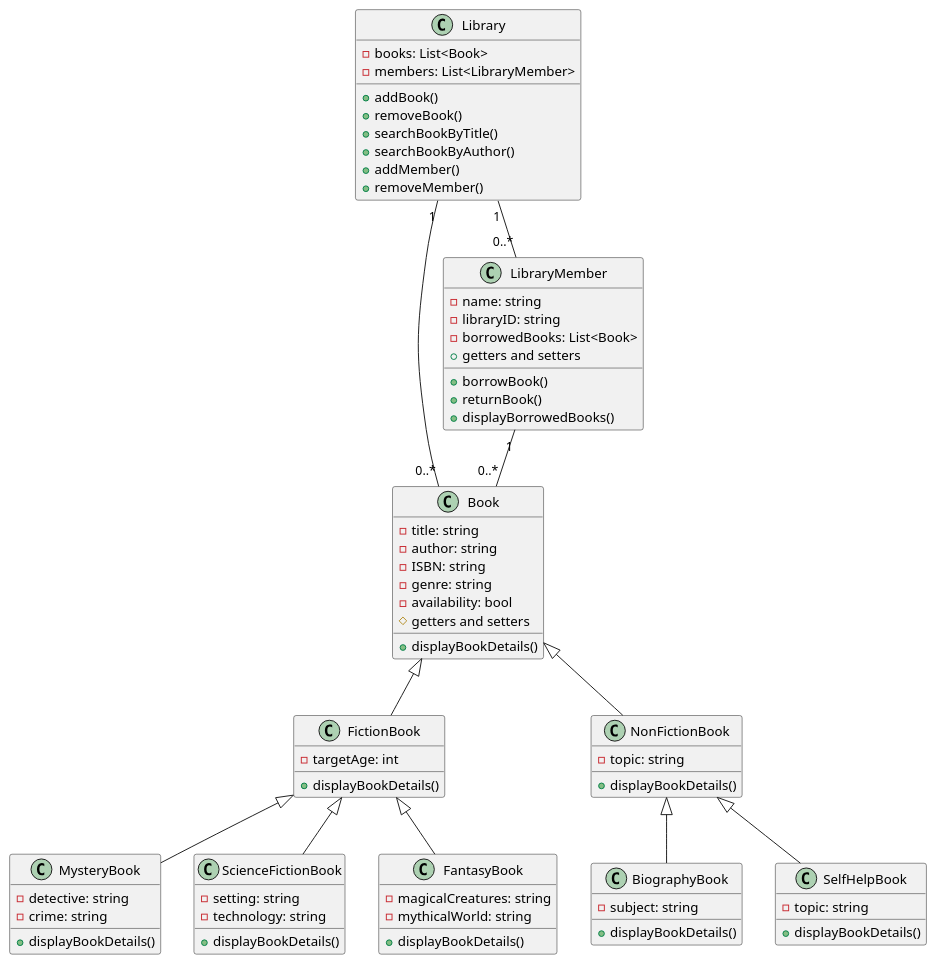
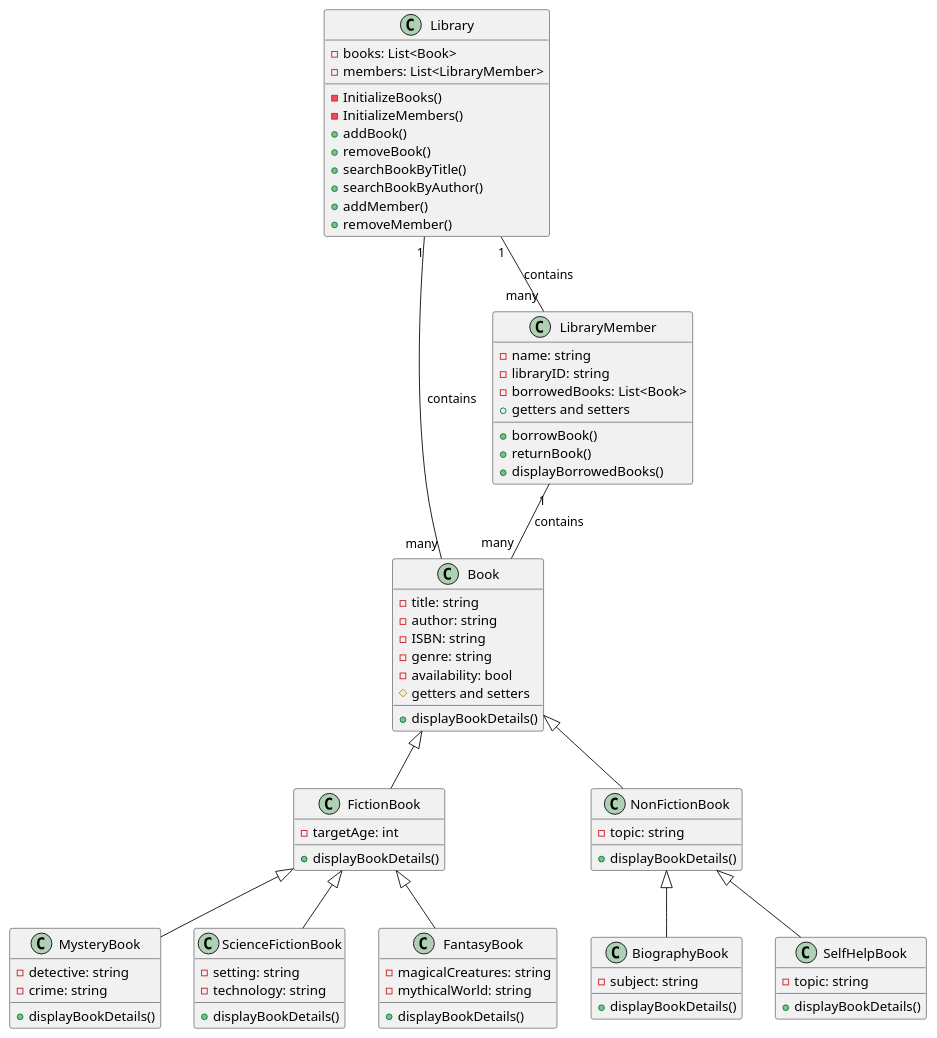
The diagram in final/FinalProject/finaldiagram.wsd (Kasmodan1/cse210), drawn with PlantUML before and after one commit.

Commit message:
added books and members initialize

```diff
--- a/final/FinalProject/finaldiagram.wsd
+++ b/final/FinalProject/finaldiagram.wsd
@@ -1,84 +1,86 @@
 @startuml
 
 Book <|-- FictionBook
 Book <|-- NonFictionBook
 FictionBook <|-- MysteryBook
 FictionBook <|-- ScienceFictionBook
 FictionBook <|-- FantasyBook
 NonFictionBook <|-- BiographyBook
 NonFictionBook <|-- SelfHelpBook
-LibraryMember "1" -- "0..*" Book
-Library "1" -- "0..*" Book
-Library "1" -- "0..*" LibraryMember
+LibraryMember "1" -- "many" Book :contains
+Library "1" -- "many" Book :contains
+Library "1" -- "many" LibraryMember :contains
 
 class Library {
   - books: List<Book>
   - members: List<LibraryMember>
+  - InitializeBooks()
+  - InitializeMembers()
   + addBook()
   + removeBook()
   + searchBookByTitle()
   + searchBookByAuthor()
   + addMember()
   + removeMember()
 }
 
 class Book {
   - title: string
   - author: string
   - ISBN: string
   - genre: string
   - availability: bool
   # getters and setters
   + displayBookDetails()
 }
 
 class FictionBook {
   - targetAge: int
   + displayBookDetails()
 }
 
 class NonFictionBook {
   - topic: string
   + displayBookDetails()
 }
 
 class MysteryBook {
   - detective: string
   - crime: string
   + displayBookDetails()
 }
 
 class ScienceFictionBook {
   - setting: string
   - technology: string
   + displayBookDetails()
 }
 
 class FantasyBook {
   - magicalCreatures: string
   - mythicalWorld: string
   + displayBookDetails()
 }
 
 class BiographyBook {
   - subject: string
   + displayBookDetails()
 }
 
 class SelfHelpBook {
   - topic: string
   + displayBookDetails()
 }
 
 class LibraryMember {
   - name: string
   - libraryID: string
   - borrowedBooks: List<Book>
   + getters and setters
   + borrowBook()
   + returnBook()
   + displayBorrowedBooks()
 }
 
 
 @enduml
```
